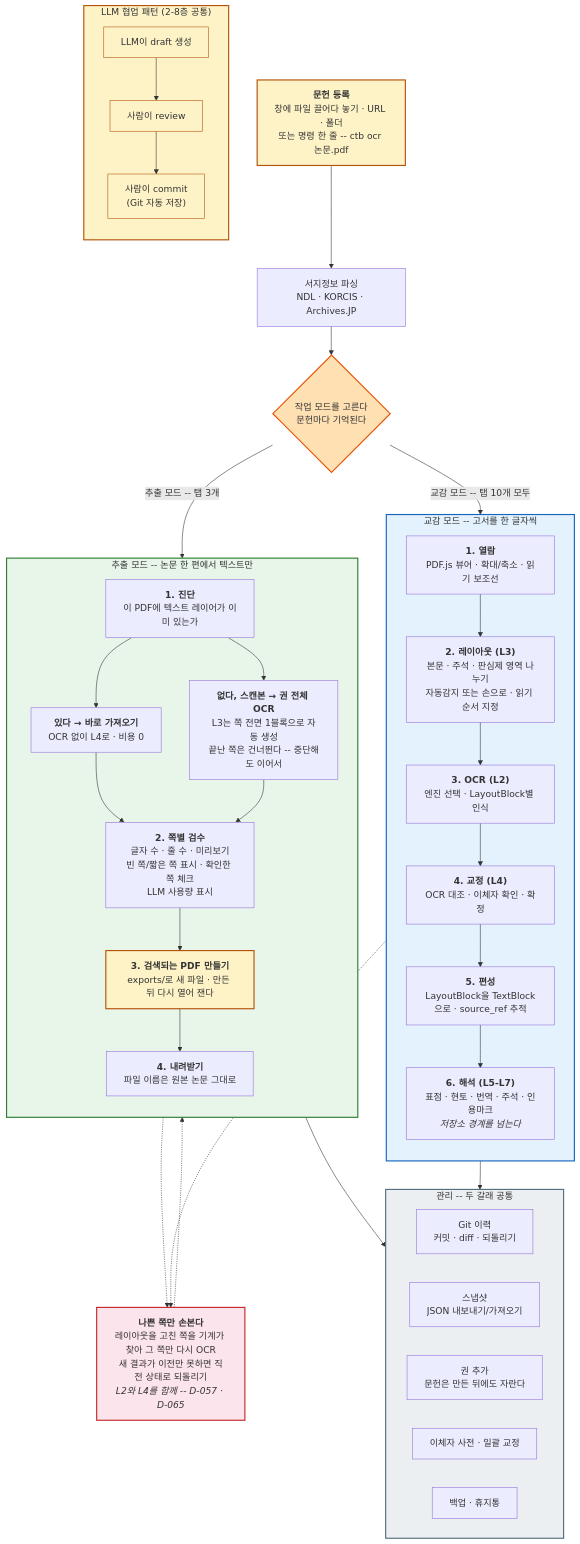
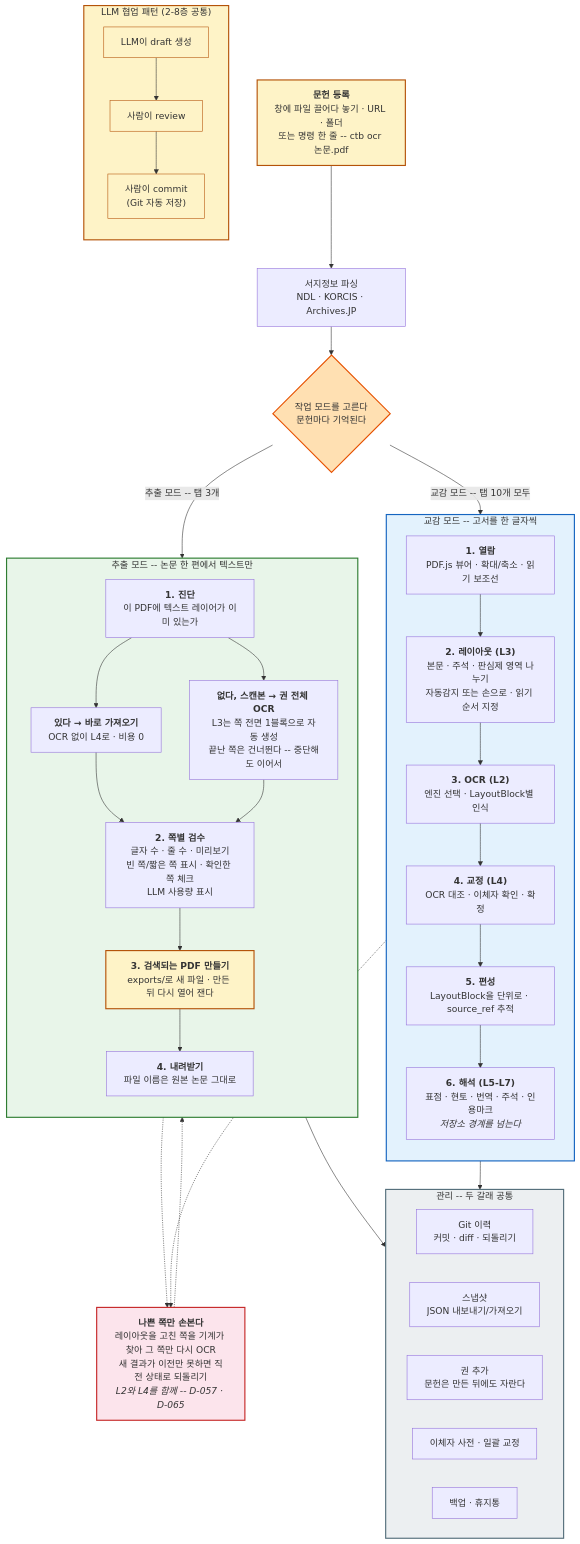
Before and after one commit to hw725/classical-text-browser: the sixth of 13 diagrams in docs/architecture-diagrams.md, drawn with Mermaid. The commit also changed other lines of this file and 37 other files, not shown here.

````diff
--- a/docs/architecture-diagrams.md
+++ b/docs/architecture-diagrams.md
@@ -493,71 +493,71 @@
 ```mermaid
 flowchart TB
     START["<b>문헌 등록</b><br/>창에 파일 끌어다 놓기 · URL · 폴더<br/>또는 명령 한 줄 -- ctb ocr 논문.pdf"]
     BIBP["서지정보 파싱<br/>NDL · KORCIS · Archives.JP"]
     MODE{"작업 모드를 고른다<br/>문헌마다 기억된다"}
     START --> BIBP --> MODE
 
     MODE -->|"교감 모드 -- 탭 10개 모두"| C1
     MODE -->|"추출 모드 -- 탭 3개"| E1
 
     subgraph COLLATE["교감 모드 -- 고서를 한 글자씩"]
         direction TB
         C1["<b>1. 열람</b><br/>PDF.js 뷰어 · 확대/축소 · 읽기 보조선"]
         C2["<b>2. 레이아웃 (L3)</b><br/>본문 · 주석 · 판심제 영역 나누기<br/>자동감지 또는 손으로 · 읽기 순서 지정"]
         C3["<b>3. OCR (L2)</b><br/>엔진 선택 · LayoutBlock별 인식"]
         C4["<b>4. 교정 (L4)</b><br/>OCR 대조 · 이체자 확인 · 확정"]
-        C5["<b>5. 편성</b><br/>LayoutBlock을 TextBlock으로 · source_ref 추적"]
+        C5["<b>5. 편성</b><br/>LayoutBlock을 단위로 · source_ref 추적"]
         C6["<b>6. 해석 (L5-L7)</b><br/>표점 · 현토 · 번역 · 주석 · 인용마크<br/><i>저장소 경계를 넘는다</i>"]
         C1 --> C2 --> C3 --> C4 --> C5 --> C6
     end
 
     subgraph EXTRACT["추출 모드 -- 논문 한 편에서 텍스트만"]
         direction TB
         E1["<b>1. 진단</b><br/>이 PDF에 텍스트 레이어가 이미 있는가"]
         E2A["<b>있다 → 바로 가져오기</b><br/>OCR 없이 L4로 · 비용 0"]
         E2B["<b>없다, 스캔본 → 권 전체 OCR</b><br/>L3는 쪽 전면 1블록으로 자동 생성<br/>끝난 쪽은 건너뛴다 -- 중단해도 이어서"]
         E3["<b>2. 쪽별 검수</b><br/>글자 수 · 줄 수 · 미리보기<br/>빈 쪽/짧은 쪽 표시 · 확인한 쪽 체크<br/>LLM 사용량 표시"]
         E4["<b>3. 검색되는 PDF 만들기</b><br/>exports/로 새 파일 · 만든 뒤 다시 열어 잰다"]
         E5["<b>4. 내려받기</b><br/>파일 이름은 원본 논문 그대로"]
         E1 --> E2A --> E3
         E1 --> E2B --> E3
         E3 --> E4 --> E5
     end
 
     FIX["<b>나쁜 쪽만 손본다</b><br/>레이아웃을 고친 쪽을 기계가 찾아 그 쪽만 다시 OCR<br/>새 결과가 이전만 못하면 직전 상태로 되돌리기<br/><i>L2와 L4를 함께 -- D-057 · D-065</i>"]
     E3 -.-> FIX
     C4 -.-> FIX
     FIX -.-> E3
 
     subgraph MANAGE["관리 -- 두 갈래 공통"]
         direction LR
         M1["Git 이력<br/>커밋 · diff · 되돌리기"]
         M2["스냅샷<br/>JSON 내보내기/가져오기"]
         M3["권 추가<br/>문헌은 만든 뒤에도 자란다"]
         M4["이체자 사전 · 일괄 교정"]
         M5["백업 · 휴지통"]
     end
 
     COLLATE --> MANAGE
     EXTRACT --> MANAGE
 
     subgraph LLM_PATTERN["LLM 협업 패턴 (2-8층 공통)"]
         direction TB
         LP1["LLM이 draft 생성"]
         LP2["사람이 review"]
         LP3["사람이 commit<br/>(Git 자동 저장)"]
         LP1 --> LP2 --> LP3
     end
 
     style START fill:#fef3c7,stroke:#b45309,stroke-width:2px
     style MODE fill:#ffe0b2,stroke:#e65100,stroke-width:2px
     style COLLATE fill:#e3f2fd,stroke:#1565c0,stroke-width:2px
     style EXTRACT fill:#e8f5e9,stroke:#2e7d32,stroke-width:2px
     style FIX fill:#fce4ec,stroke:#c62828,stroke-width:2px
     style E4 fill:#fef3c7,stroke:#b45309,stroke-width:2px
     style MANAGE fill:#eceff1,stroke:#546e7a,stroke-width:2px
     style LLM_PATTERN fill:#fef3c7,stroke:#b45309,stroke-width:2px
     style LP1 fill:#fef3c7,stroke:#b45309
     style LP2 fill:#fef3c7,stroke:#b45309
     style LP3 fill:#fef3c7,stroke:#b45309
 ```
````
